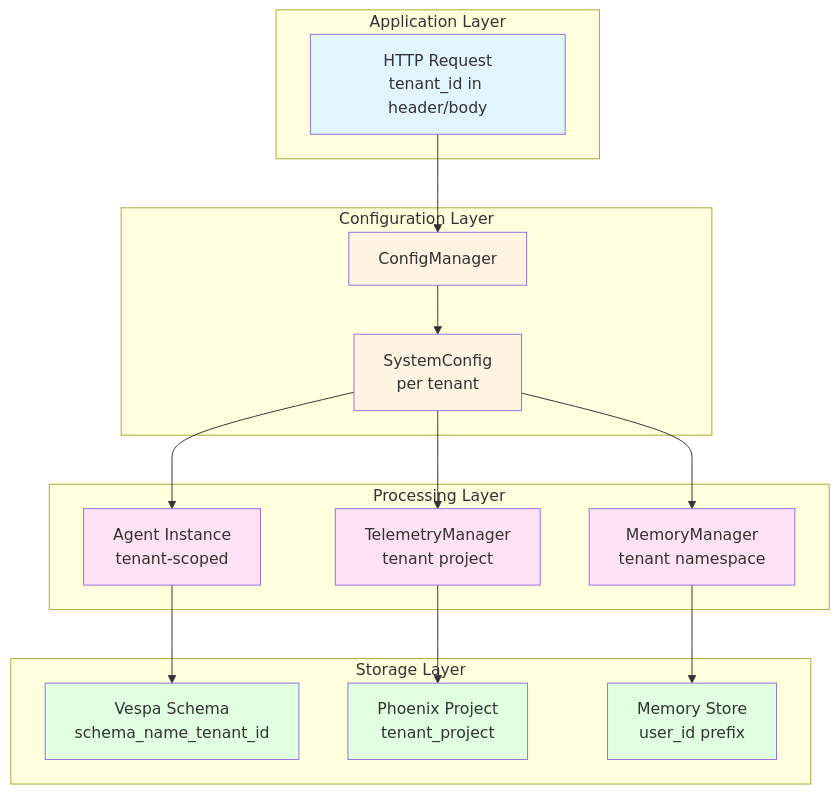
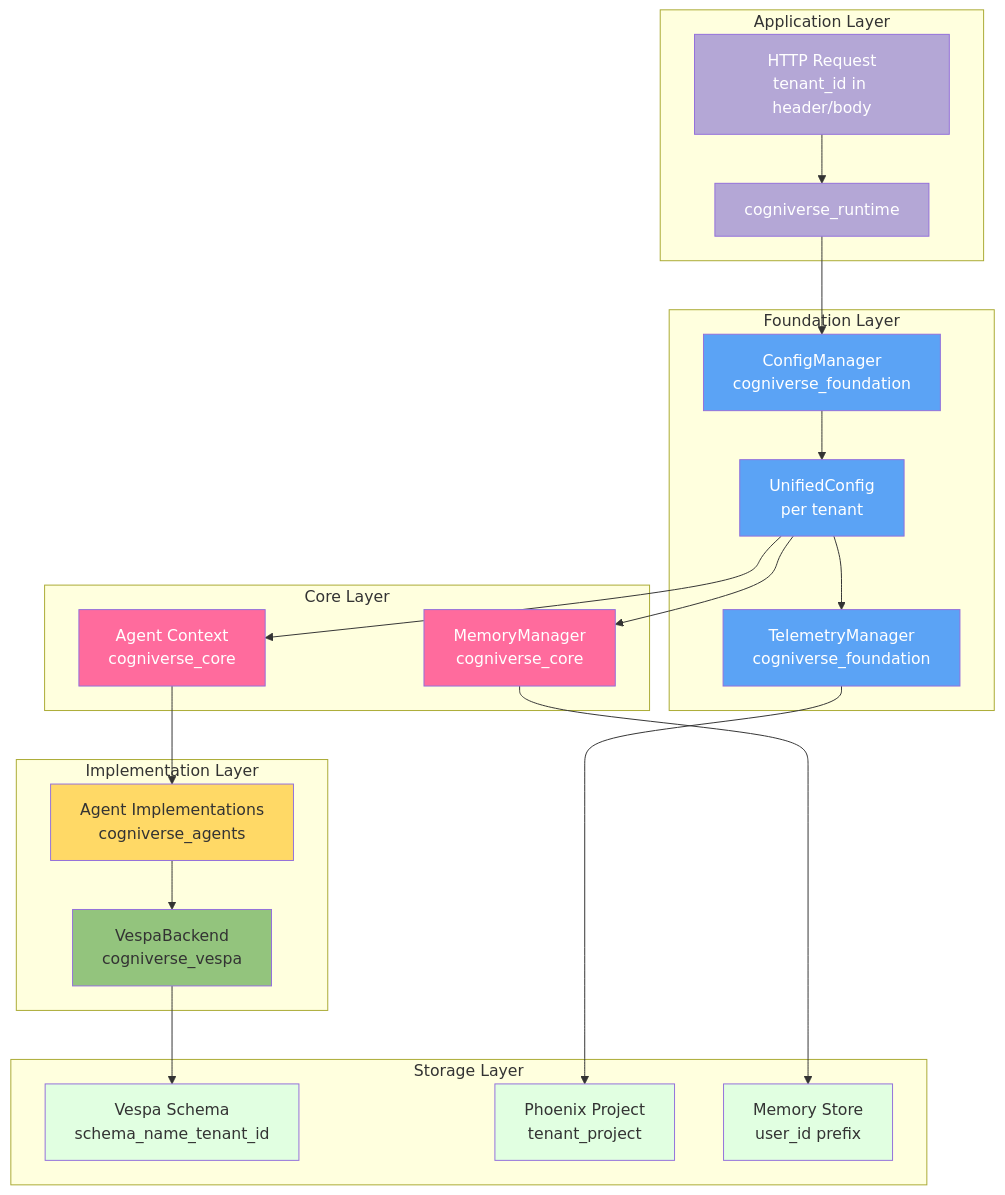
One commit to amit-jain/cogniverse changed the second of 18 diagrams in docs/diagrams/multi-tenant-diagrams.md. Above: the diagram before and after it, drawn with Mermaid. The commit also changed other lines of this file and 49 other files, not shown here.

First line of the commit message:
Update all documentation to reflect 10-package architecture

````diff
--- a/docs/diagrams/multi-tenant-diagrams.md
+++ b/docs/diagrams/multi-tenant-diagrams.md
@@ -91,42 +91,54 @@
 ```mermaid
 graph TB
     subgraph "Application Layer"
         Request[HTTP Request<br/>tenant_id in header/body]
+        Runtime[cogniverse_runtime]
     end
 
-    subgraph "Configuration Layer"
-        ConfigMgr[ConfigManager]
-        TenantConfig[SystemConfig<br/>per tenant]
+    subgraph "Foundation Layer"
+        ConfigMgr[ConfigManager<br/>cogniverse_foundation]
+        TenantConfig[UnifiedConfig<br/>per tenant]
+        TelemetryBase[TelemetryManager<br/>cogniverse_foundation]
     end
 
-    subgraph "Processing Layer"
-        Agent[Agent Instance<br/>tenant-scoped]
-        Telemetry[TelemetryManager<br/>tenant project]
-        Memory[MemoryManager<br/>tenant namespace]
+    subgraph "Core Layer"
+        Agent[Agent Context<br/>cogniverse_core]
+        Memory[MemoryManager<br/>cogniverse_core]
+    end
+
+    subgraph "Implementation Layer"
+        VespaBackend[VespaBackend<br/>cogniverse_vespa]
+        AgentImpl[Agent Implementations<br/>cogniverse_agents]
     end
 
     subgraph "Storage Layer"
         VespaSchema[Vespa Schema<br/>schema_name_tenant_id]
         PhoenixProject[Phoenix Project<br/>tenant_project]
         MemoryStore[Memory Store<br/>user_id prefix]
     end
 
-    Request --> ConfigMgr
+    Request --> Runtime
+    Runtime --> ConfigMgr
     ConfigMgr --> TenantConfig
     TenantConfig --> Agent
-    TenantConfig --> Telemetry
+    TenantConfig --> TelemetryBase
     TenantConfig --> Memory
-    Agent --> VespaSchema
-    Telemetry --> PhoenixProject
+    Agent --> AgentImpl
+    AgentImpl --> VespaBackend
+    VespaBackend --> VespaSchema
+    TelemetryBase --> PhoenixProject
     Memory --> MemoryStore
 
-    style Request fill:#e1f5ff
-    style ConfigMgr fill:#fff4e1
-    style TenantConfig fill:#fff4e1
-    style Agent fill:#ffe1f5
-    style Telemetry fill:#ffe1f5
-    style Memory fill:#ffe1f5
+    style Request fill:#B4A7D6,color:#fff
+    style Runtime fill:#B4A7D6,color:#fff
+    style ConfigMgr fill:#5BA3F5,color:#fff
+    style TenantConfig fill:#5BA3F5,color:#fff
+    style TelemetryBase fill:#5BA3F5,color:#fff
+    style Agent fill:#FF6B9D,color:#fff
+    style Memory fill:#FF6B9D,color:#fff
+    style VespaBackend fill:#93C47D
+    style AgentImpl fill:#FFD966
     style VespaSchema fill:#e1ffe1
     style PhoenixProject fill:#e1ffe1
     style MemoryStore fill:#e1ffe1
 ```
````
